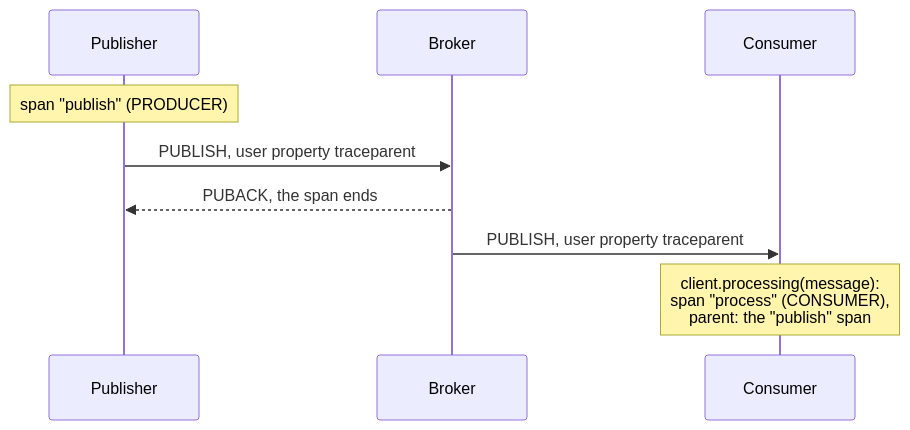
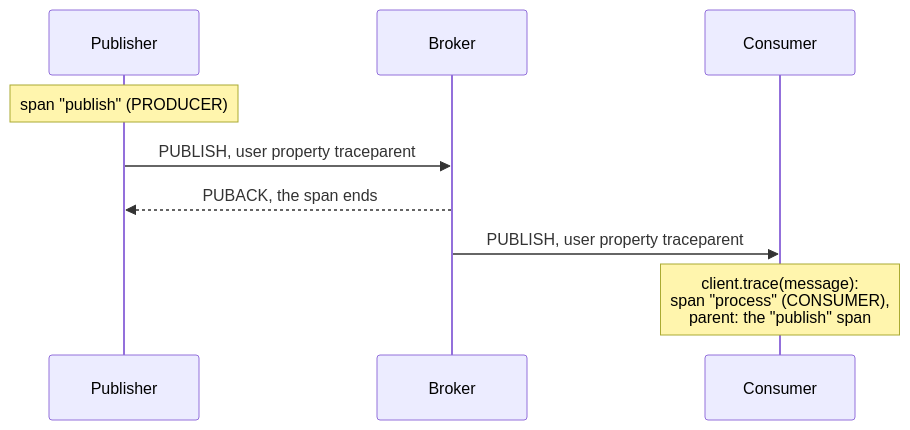
One commit to Mixser/zenmqtt changed diagram 11 of 11 in docs/architecture.md. Above: the diagram before and after it, drawn with Mermaid. The commit also changed other lines of this file and 7 other files, not shown here.

Commit message:
MGG-XXX Renamed client.processing(message) to client.trace(message), and the Tracing.processing hook to Tracing.trace: the block only traces the processing, it doesn't ack or reject the message;

````diff
--- a/docs/architecture.md
+++ b/docs/architecture.md
@@ -442,12 +442,12 @@
 ```mermaid
 sequenceDiagram
     participant P as Publisher
     participant B as Broker
     participant C as Consumer
 
     Note over P: span "publish" (PRODUCER)
     P->>B: PUBLISH, user property traceparent
     B-->>P: PUBACK, the span ends
     B->>C: PUBLISH, user property traceparent
-    Note over C: client.processing(message):<br/>span "process" (CONSUMER),<br/>parent: the "publish" span
+    Note over C: client.trace(message):<br/>span "process" (CONSUMER),<br/>parent: the "publish" span
 ```
````
